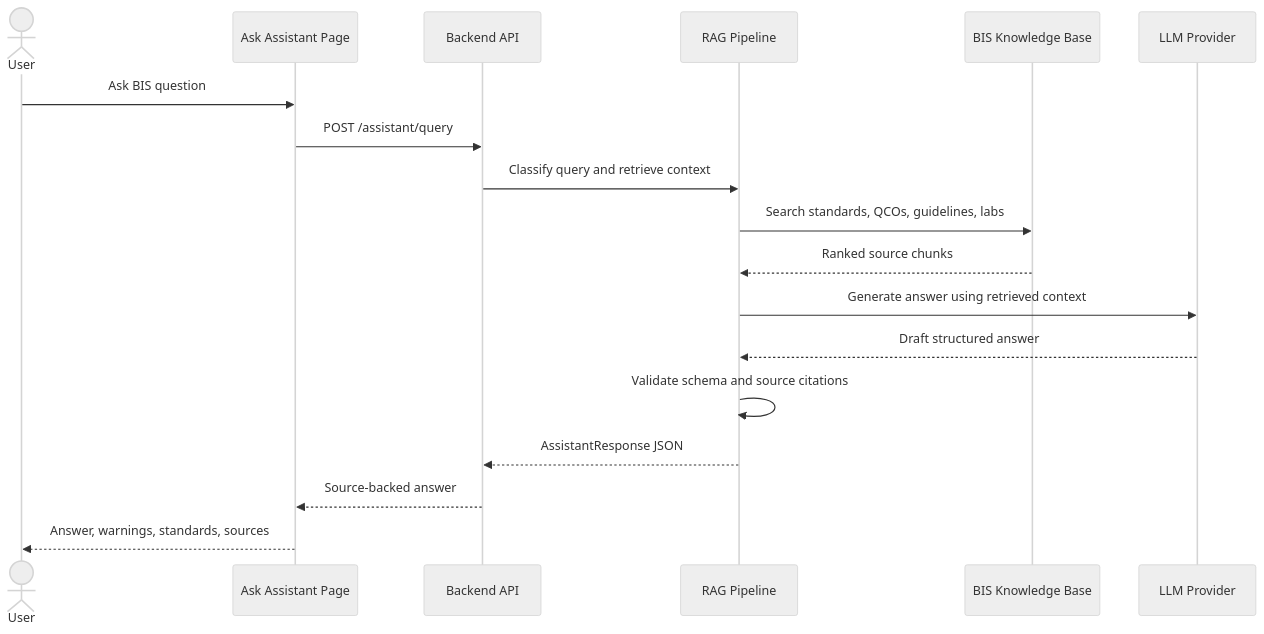
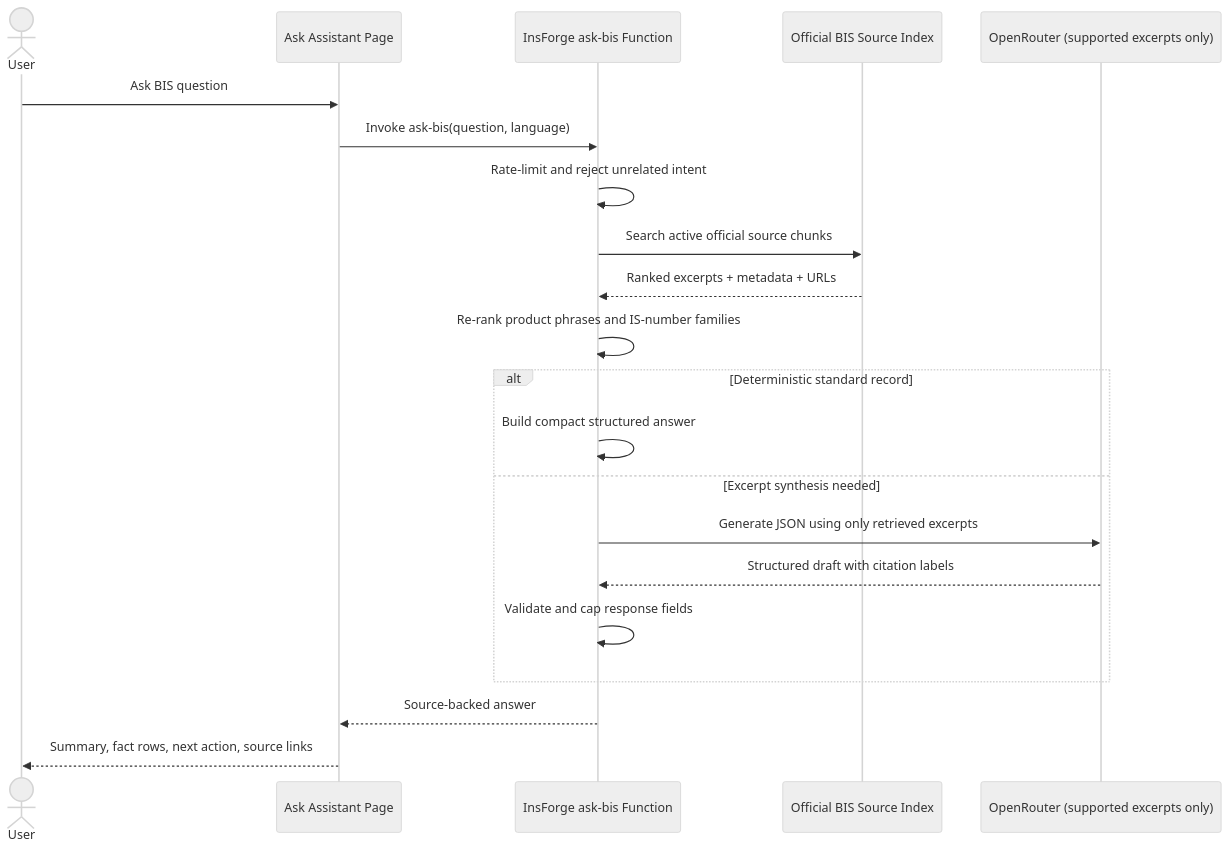
One commit to NIshantverma-MAX/sih2026 changed the fourth of 8 diagrams in README.md. Above: the diagram before and after it, drawn with Mermaid (neutral theme). The commit also changed other lines of this file and 11 other files, not shown here.

Commit message:
feat: expand official BIS assistant corpus

````diff
--- a/README.md
+++ b/README.md
@@ -111,21 +111,24 @@
 ```mermaid
 sequenceDiagram
   actor User
   participant UI as Ask Assistant Page
-  participant API as Backend API
-  participant RAG as RAG Pipeline
-  participant KB as BIS Knowledge Base
-  participant LLM as LLM Provider
+  participant API as InsForge ask-bis Function
+  participant DB as Official BIS Source Index
+  participant LLM as OpenRouter (supported excerpts only)
 
   User->>UI: Ask BIS question
-  UI->>API: POST /assistant/query
-  API->>RAG: Classify query and retrieve context
-  RAG->>KB: Search standards, QCOs, guidelines, labs
-  KB-->>RAG: Ranked source chunks
-  RAG->>LLM: Generate answer using retrieved context
-  LLM-->>RAG: Draft structured answer
-  RAG->>RAG: Validate schema and source citations
-  RAG-->>API: AssistantResponse JSON
+  UI->>API: Invoke ask-bis(question, language)
+  API->>API: Rate-limit and reject unrelated intent
+  API->>DB: Search active official source chunks
+  DB-->>API: Ranked excerpts + metadata + URLs
+  API->>API: Re-rank product phrases and IS-number families
+  alt Deterministic standard record
+    API->>API: Build compact structured answer
+  else Excerpt synthesis needed
+    API->>LLM: Generate JSON using only retrieved excerpts
+    LLM-->>API: Structured draft with citation labels
+    API->>API: Validate and cap response fields
+  end
   API-->>UI: Source-backed answer
-  UI-->>User: Answer, warnings, standards, sources
+  UI-->>User: Summary, fact rows, next action, source links
 ```
````
